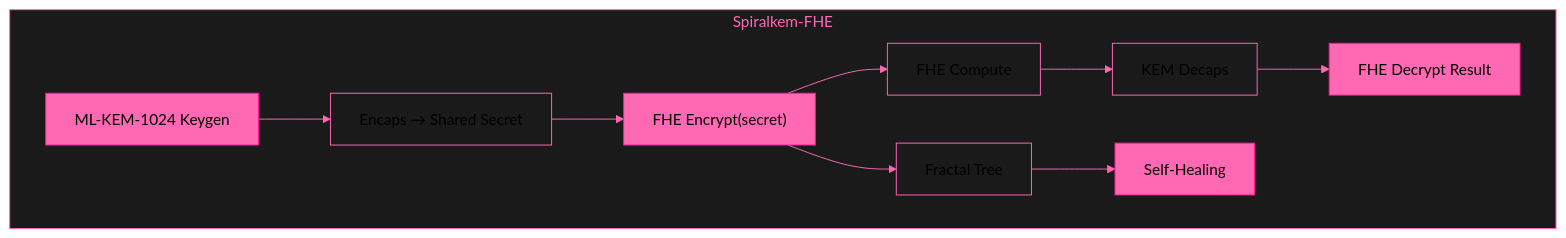
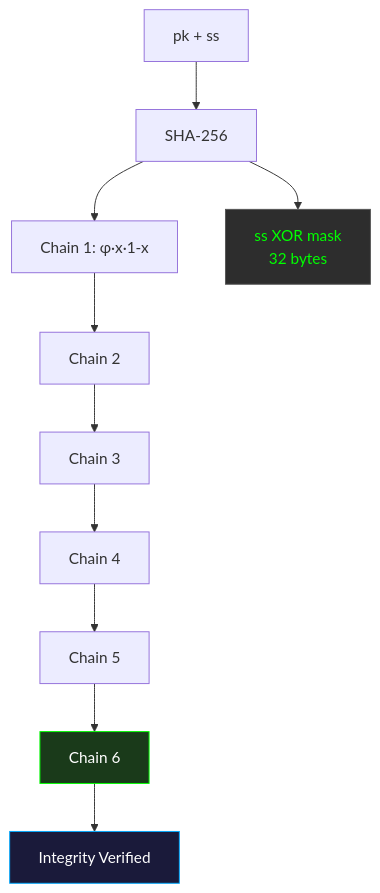
The second of 2 diagrams in README.md (primordialomegazero/Spiralkem-fhe), drawn with Mermaid before and after one commit. The commit also changed other lines of this file and 15 other files, not shown here.

First line of the commit message:
release: Spiralkem-FHE v8.0 Clean — 12/12 tests, Docker, NPM, complete README

````diff
--- a/README.md
+++ b/README.md
@@ -25,18 +158,17 @@
 ```mermaid
-%%{init: {'theme': 'base', 'themeVariables': { 'primaryColor': '#ff69b4', 'primaryTextColor': '#000000', 'primaryBorderColor': '#ff1493', 'lineColor': '#ff69b4', 'tertiaryColor': '#1a1a1a', 'background': '#1a1a1a', 'mainBkg': '#1a1a1a', 'nodeBorder': '#ff69b4', 'clusterBkg': '#1a1a1a', 'clusterBorder': '#ff69b4', 'titleColor': '#ff69b4', 'edgeLabelBackground': '#1a1a1a', 'nodeTextColor': '#000000'}}}%%
-graph TB
-    subgraph "Spiralkem-FHE"
-        A["ML-KEM-1024 Keygen"] --> B["Encaps → Shared Secret"]
-        B --> C["FHE Encrypt(secret)"]
-        C --> D["FHE Compute"]
-        D --> E["KEM Decaps"]
-        E --> F["FHE Decrypt Result"]
-        C --> G["Fractal Tree"]
-        G --> H["Self-Healing"]
-    end
+flowchart TD
+    A[pk + ss] --> B[SHA-256]
+    B --> C[Chain 1: φ·x·1-x]
+    C --> D[Chain 2]
+    D --> E[Chain 3]
+    E --> F[Chain 4]
+    F --> G[Chain 5]
+    G --> H[Chain 6]
+    H --> I[Integrity Verified]
     
-    style A fill:#ff69b4,stroke:#ff1493,color:#000000
-    style C fill:#ff69b4,stroke:#ff1493,color:#000000
-    style F fill:#ff69b4,stroke:#ff1493,color:#000000
-    style H fill:#ff69b4,stroke:#ff1493,color:#000000
+    B --> J[ss XOR mask<br/>32 bytes]
+    
+    style H fill:#1a3a1a,stroke:#0f0,color:#fff
+    style I fill:#1a1a3a,stroke:#0af,color:#fff
+    style J fill:#2d2d2d,stroke:#555,color:#0f0
 ```
````
